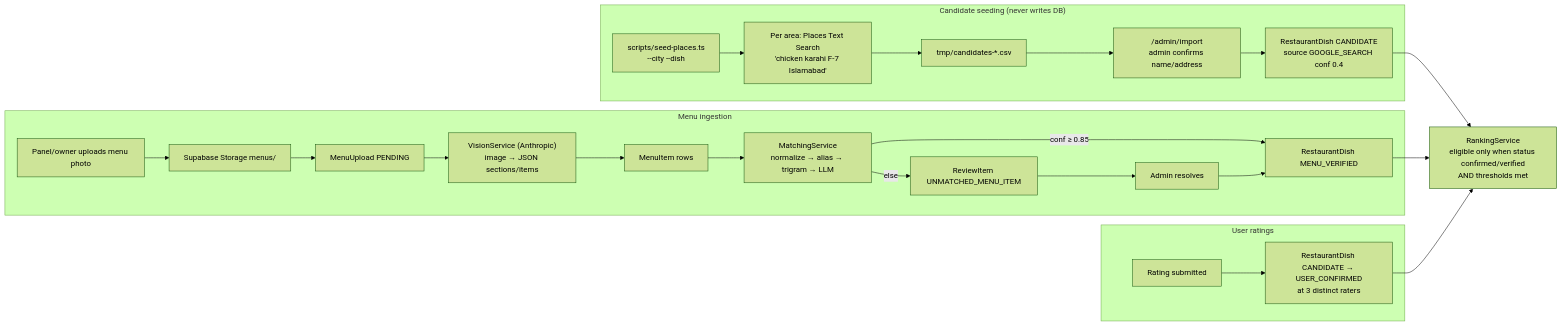
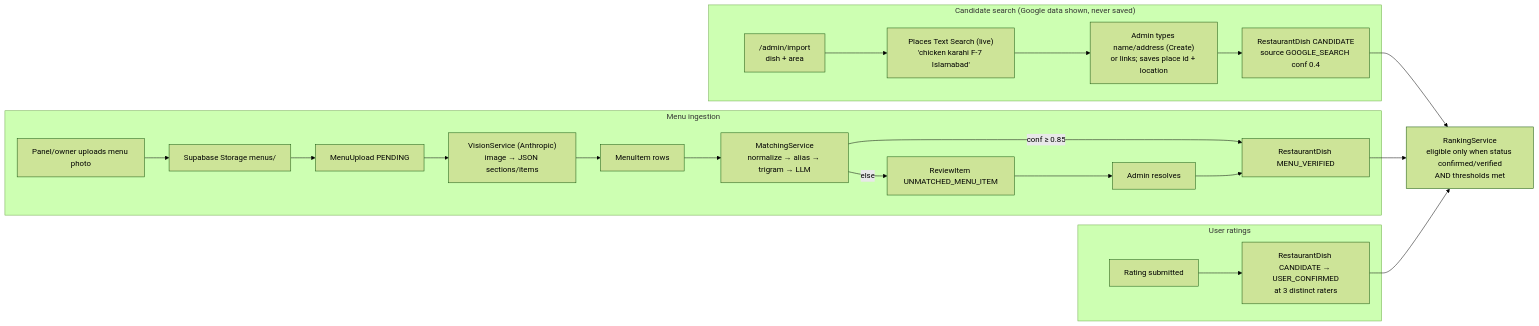
One commit to JawadSarfraz/dishrank changed the diagram in docs/diagrams/seeding-and-menu-pipelines.mmd. Above: the diagram before and after it, drawn with Mermaid (forest theme). The commit also changed 15 other files, not shown here.

First line of the commit message:
docs: Google data rule, live search import, ST-16 resolved

```diff
--- a/docs/diagrams/seeding-and-menu-pipelines.mmd
+++ b/docs/diagrams/seeding-and-menu-pipelines.mmd
@@ -1,23 +1,22 @@
 flowchart LR
-  subgraph Seed["Candidate seeding (never writes DB)"]
-    S["scripts/seed-places.ts<br/>--city --dish"] --> Q["Per area: Places Text Search<br/>'chicken karahi F-7 Islamabad'"]
-    Q --> CSV["tmp/candidates-*.csv"]
-    CSV --> Imp["/admin/import<br/>admin confirms name/address"]
+  subgraph Seed["Candidate search (Google data shown, never saved)"]
+    S["/admin/import<br/>dish + area"] --> Q["Places Text Search (live)<br/>'chicken karahi F-7 Islamabad'"]
+    Q --> Imp["Admin types name/address (Create)<br/>or links; saves place id + location"]
     Imp --> RD0["RestaurantDish CANDIDATE<br/>source GOOGLE_SEARCH conf 0.4"]
   end
   subgraph Menu["Menu ingestion"]
     Up["Panel/owner uploads menu photo"] --> ST["Supabase Storage menus/"]
     ST --> MU["MenuUpload PENDING"]
     MU --> V["VisionService (Anthropic)<br/>image → JSON sections/items"]
     V --> MI["MenuItem rows"]
     MI --> M["MatchingService<br/>normalize → alias → trigram → LLM"]
     M -->|conf ≥ 0.85| RDV["RestaurantDish MENU_VERIFIED"]
     M -->|else| RQ["ReviewItem UNMATCHED_MENU_ITEM"]
     RQ --> Adm["Admin resolves"] --> RDV
   end
   subgraph Users["User ratings"]
     Rt["Rating submitted"] --> RDU["RestaurantDish CANDIDATE → USER_CONFIRMED<br/>at 3 distinct raters"]
   end
   RD0 --> Rank["RankingService<br/>eligible only when status confirmed/verified<br/>AND thresholds met"]
   RDV --> Rank
   RDU --> Rank
```
